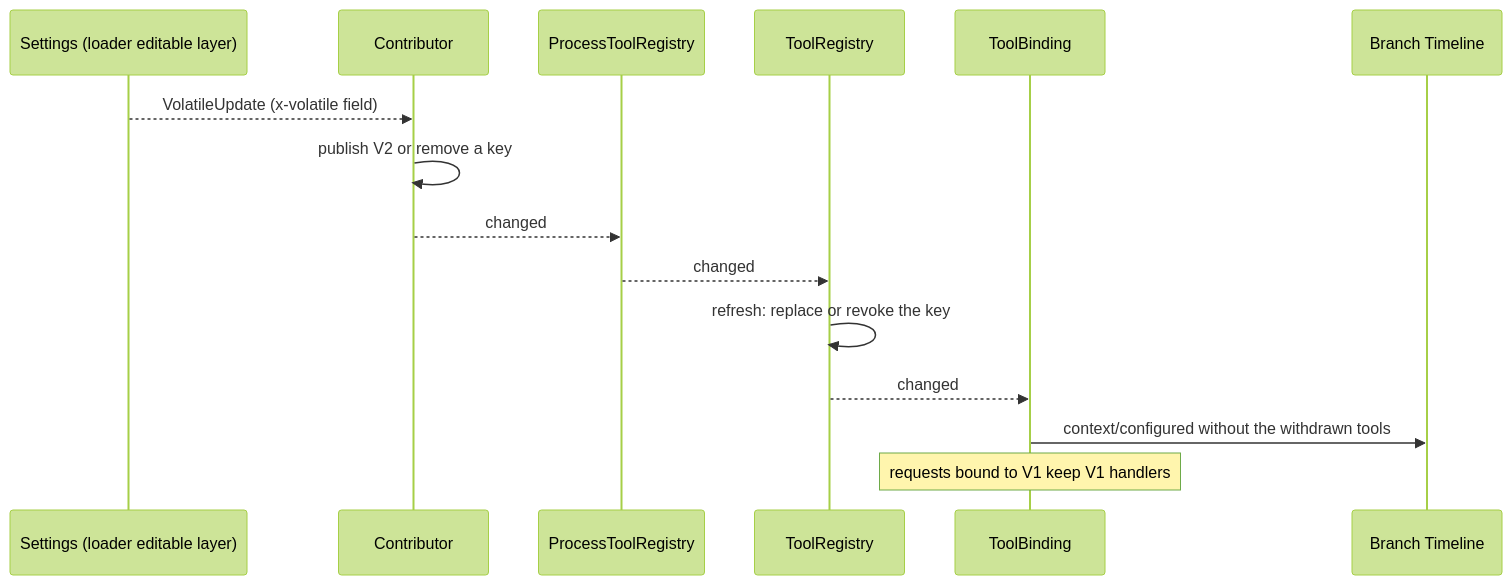
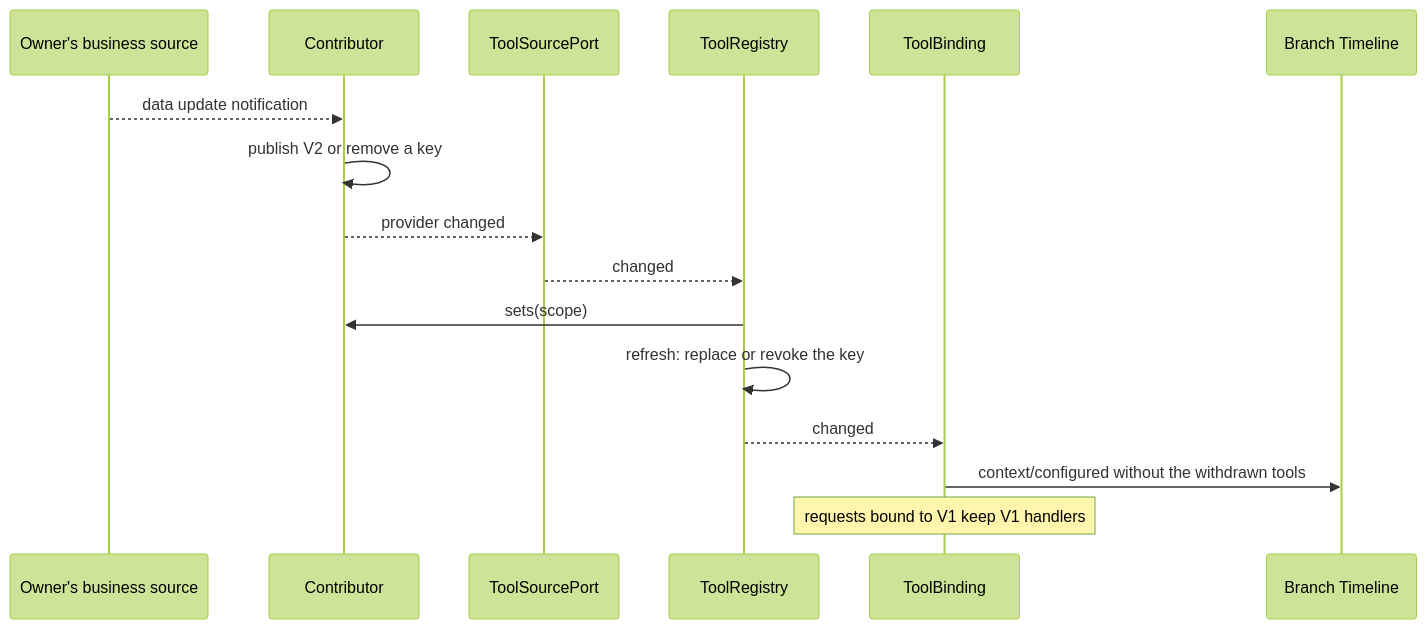
The fourth of 6 diagrams in docs/design/contracts/process-tool-contribution.md (CoutinhoTTS/dim-agent), drawn with Mermaid (forest theme) before and after one commit. The commit also changed other lines of this file and 4 other files, not shown here.

````diff
--- a/docs/design/contracts/process-tool-contribution.md
+++ b/docs/design/contracts/process-tool-contribution.md
@@ -131,17 +139,18 @@
 ```mermaid
 sequenceDiagram
-  participant S as Settings (loader editable layer)
+  participant S as Owner's business source
   participant C as Contributor
-  participant R as ProcessToolRegistry
+  participant P as ToolSourcePort
   participant TR as ToolRegistry
   participant TB as ToolBinding
   participant TL as Branch Timeline
-  S-->>C: VolatileUpdate (x-volatile field)
+  S-->>C: data update notification
   C->>C: publish V2 or remove a key
-  C-->>R: changed
-  R-->>TR: changed
+  C-->>P: provider changed
+  P-->>TR: changed
+  TR->>C: sets(scope)
   TR->>TR: refresh: replace or revoke the key
   TR-->>TB: changed
   TB->>TL: context/configured without the withdrawn tools
   Note over TB: requests bound to V1 keep V1 handlers
 ```
````
